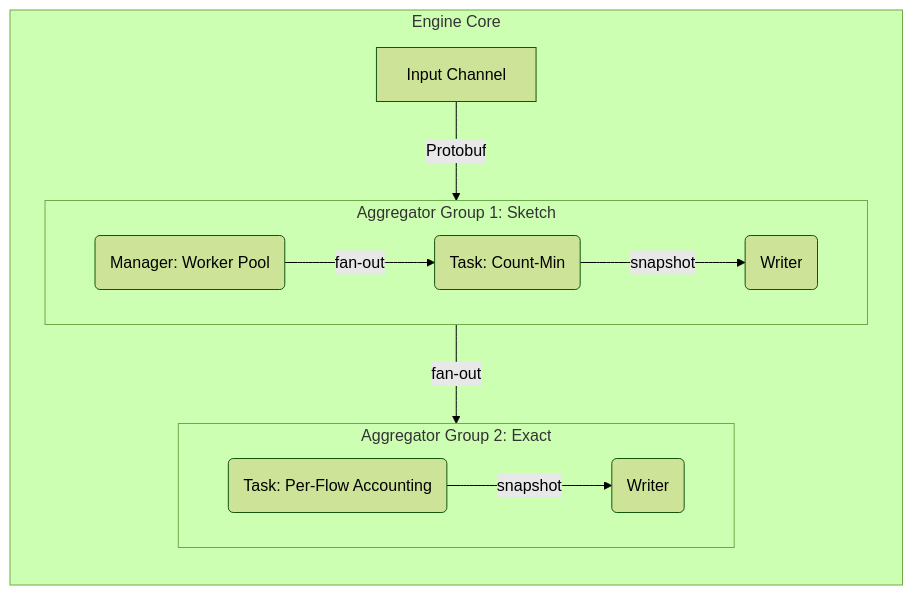
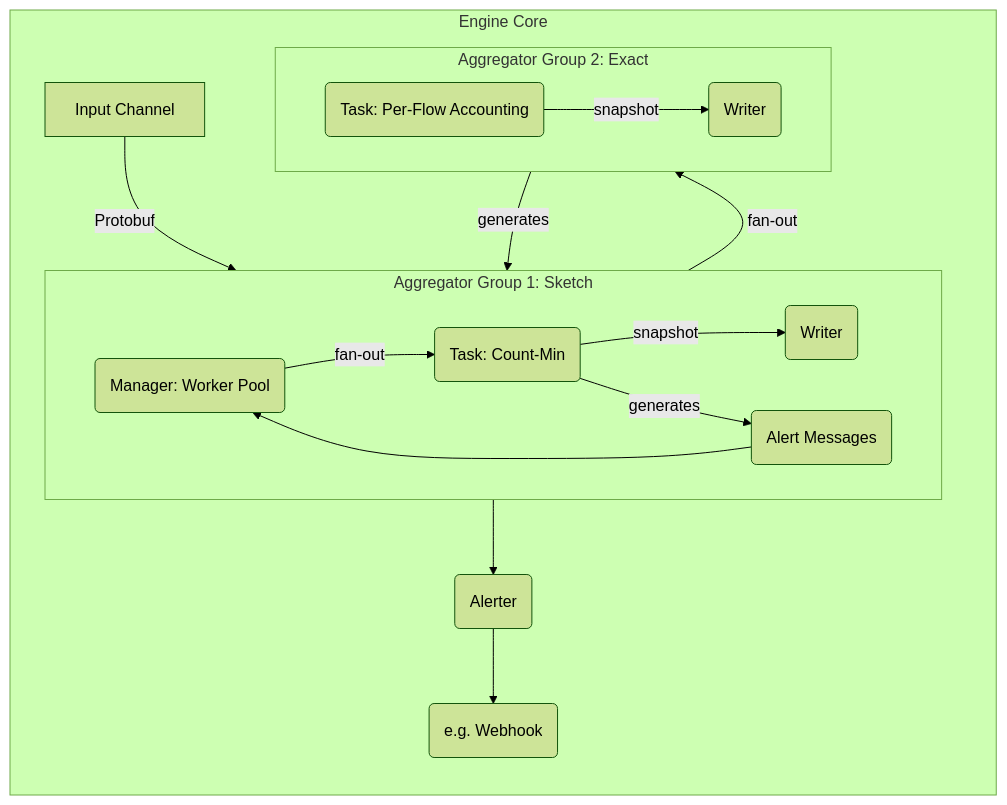
Before and after one commit to Decade-qiu/Go2NetSpectra: the first of 3 diagrams in doc/technology.md, drawn with Mermaid (forest theme). The commit also changed other lines of this file and 2 other files, not shown here.

Commit message:
:memo: docs: update architecture diagrams and documentation for alerter module

````diff
--- a/doc/technology.md
+++ b/doc/technology.md
@@ -34,19 +34,25 @@
 ```mermaid
 graph TD
     subgraph "Engine Core"
         direction TB
         A[Input Channel] -- Protobuf --> B(Manager: Worker Pool)
         
         subgraph "Aggregator Group 1: Sketch"
             direction LR
             B -- fan-out --> Task_Sketch1(Task: Count-Min)
             Task_Sketch1 -- snapshot --> Writer_Sketch(Writer)
+            Task_Sketch1 -- generates --> AlertMsg(Alert Messages)
         end
 
         subgraph "Aggregator Group 2: Exact"
             direction LR
             B -- fan-out --> Task_Exact1(Task: Per-Flow Accounting)
             Task_Exact1 -- snapshot --> Writer_Exact(Writer)
+            Task_Exact1 -- generates --> AlertMsg
         end
+
+        AlertMsg --> B
+        B --> Alerter(Alerter)
+        Alerter --> Notifier(e.g. Webhook)
     end
 ```
````
